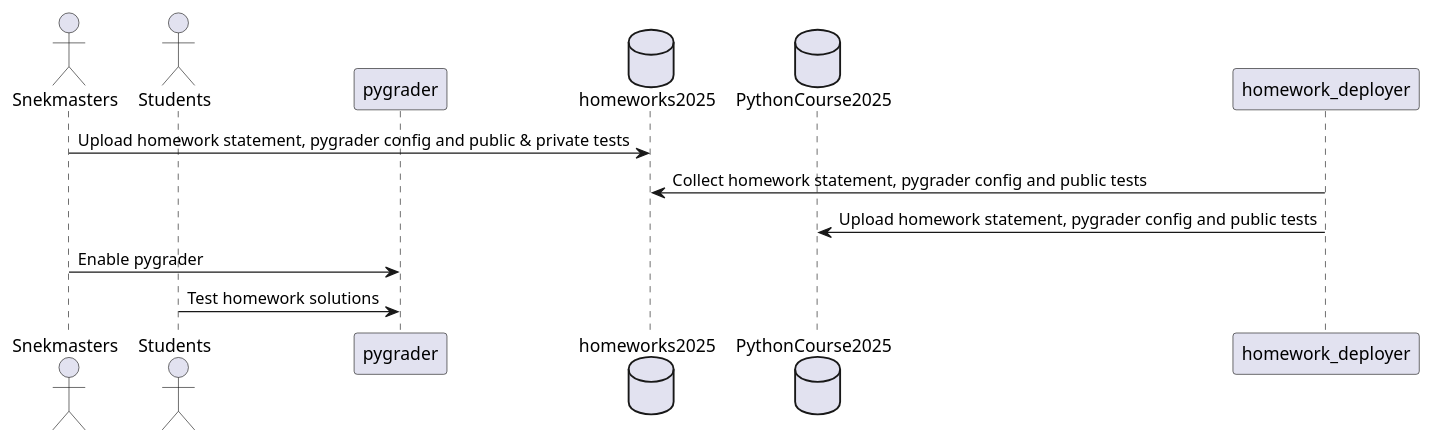
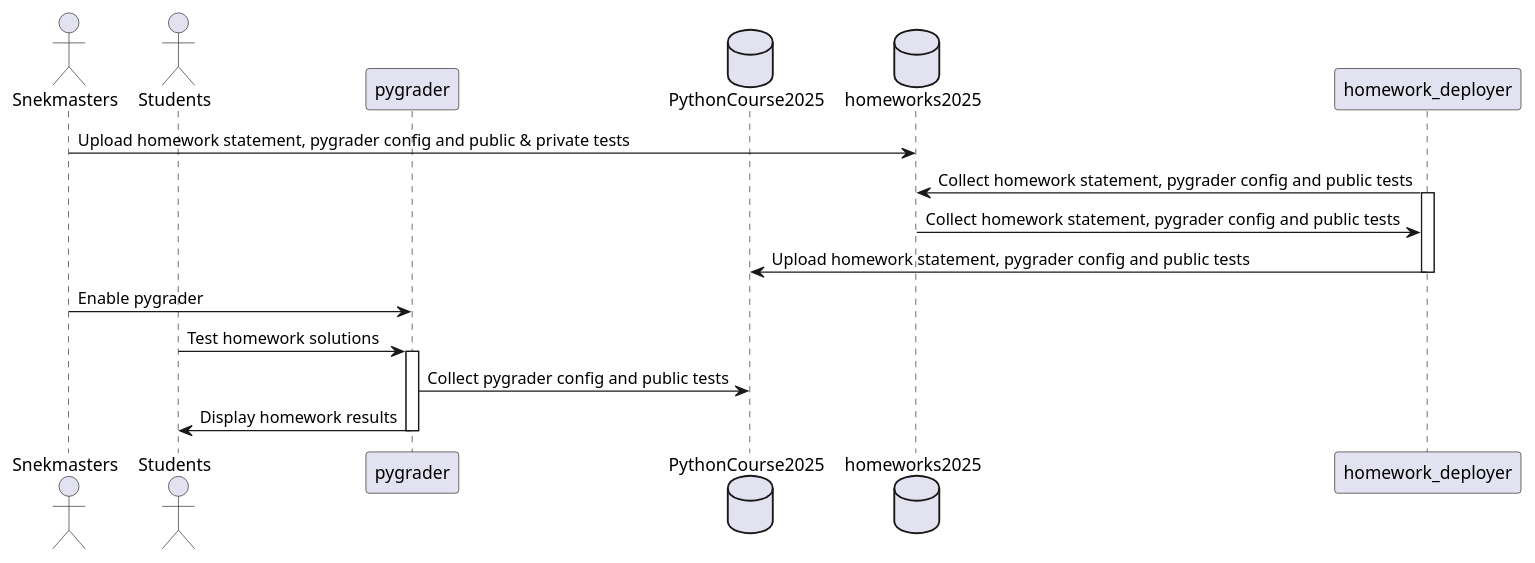
The diagram in docs/diagrams/deployment.puml (fmipython/pygrader), drawn with PlantUML before and after one commit.

Commit message:
Update deployment diagram

```diff
--- a/docs/diagrams/deployment.puml
+++ b/docs/diagrams/deployment.puml
@@ -1,14 +1,24 @@
 @startuml
 
 actor Snekmasters
 actor Students
 participant pygrader
+database PythonCourse2025
 database homeworks2025
-database PythonCourse2025
 
 Snekmasters -> homeworks2025: Upload homework statement, pygrader config and public & private tests
+
 homework_deployer -> homeworks2025: Collect homework statement, pygrader config and public tests
+activate homework_deployer
+homeworks2025 -> homework_deployer: Collect homework statement, pygrader config and public tests
 homework_deployer -> PythonCourse2025: Upload homework statement, pygrader config and public tests
+deactivate homework_deployer
+
 Snekmasters -> pygrader: Enable pygrader
+
 Students -> pygrader: Test homework solutions
+activate pygrader
+pygrader -> PythonCourse2025: Collect pygrader config and public tests
+pygrader -> Students: Display homework results
+deactivate pygrader
 @enduml
```
